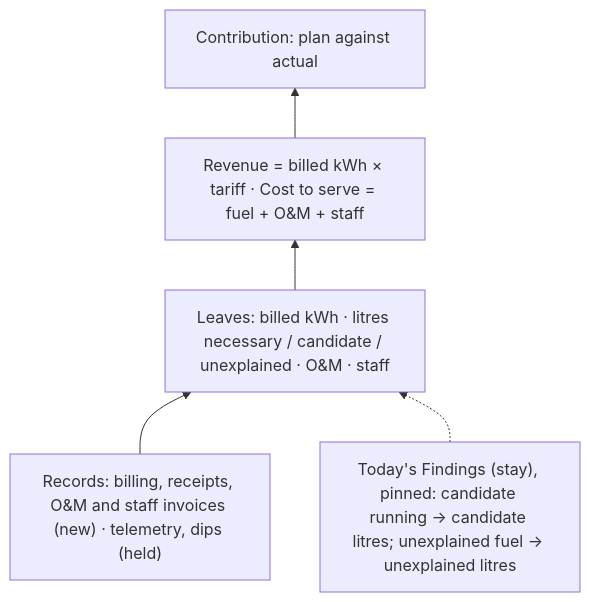
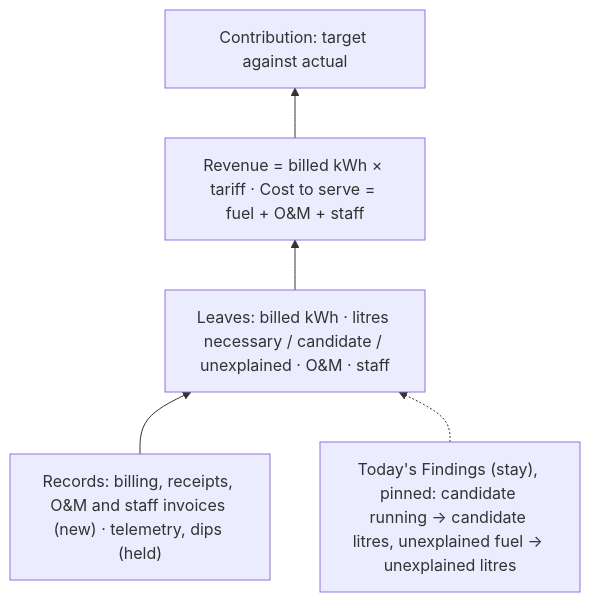
One commit to bineyame/AssetOpsV1 changed the second of 11 diagrams in Docs/demo-sprint/product-direction-layer4/layer4-transformation-design.md. Above: the diagram before and after it, drawn with Mermaid. The commit also changed other lines of this file and 5 other files, not shown here.

````diff
--- a/Docs/demo-sprint/product-direction-layer4/layer4-transformation-design.md
+++ b/Docs/demo-sprint/product-direction-layer4/layer4-transformation-design.md
@@ -274,6 +257,6 @@
 ```mermaid
 flowchart BT
   R["Records: billing, receipts, O&M and staff invoices (new) · telemetry, dips (held)"] --> L["Leaves: billed kWh · litres necessary / candidate / unexplained · O&M · staff"]
-  L --> F["Revenue = billed kWh × tariff · Cost to serve = fuel + O&M + staff"] --> C["Contribution: plan against actual"]
-  FD["Today's Findings (stay), pinned: candidate running → candidate litres; unexplained fuel → unexplained litres"] -.-> L
+  L --> F["Revenue = billed kWh × tariff · Cost to serve = fuel + O&M + staff"] --> C["Contribution: target against actual"]
+  FD["Today's Findings (stay), pinned: candidate running → candidate litres, unexplained fuel → unexplained litres"] -.-> L
 ```
````
